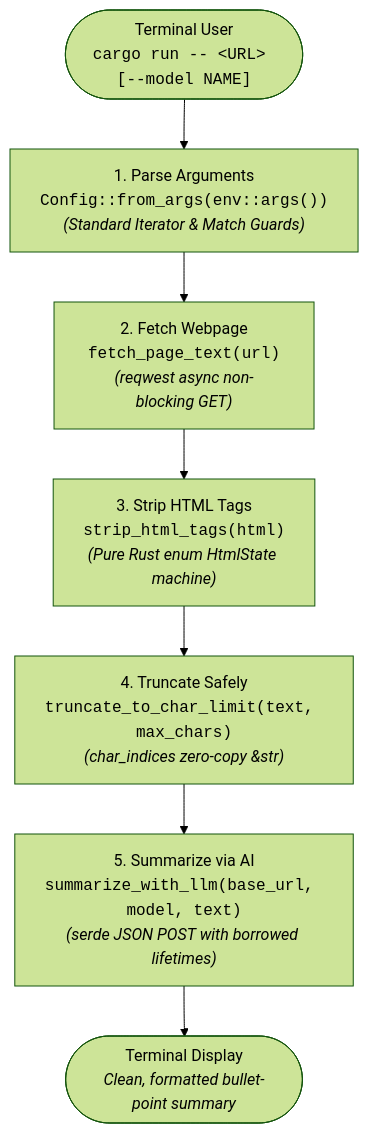
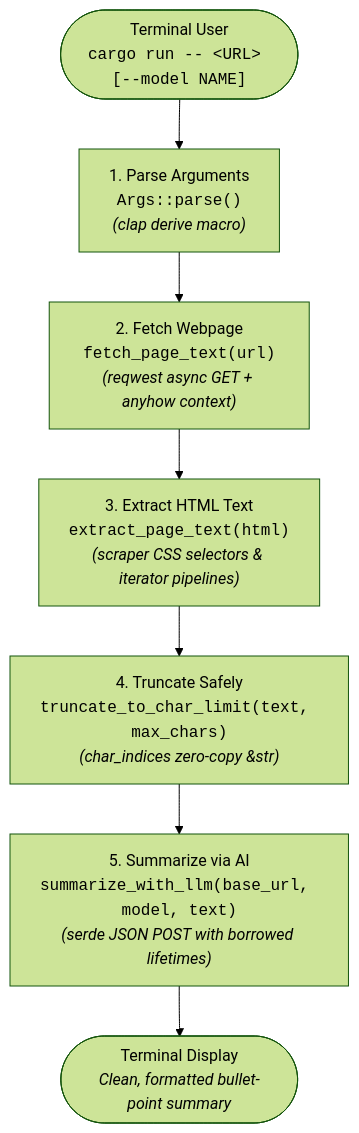
The second of 3 diagrams in docs/RUST_LEARNING_GUIDE.md (NewGuy012/srz), drawn with Mermaid (forest theme) before and after one commit. The commit also changed other lines of this file, not shown here.

Commit message:
docs: simplify mini-srz tutorial using clap, scraper, and anyhow in RUST_LEARNING_GUIDE

````diff
--- a/docs/RUST_LEARNING_GUIDE.md
+++ b/docs/RUST_LEARNING_GUIDE.md
@@ -559,14 +559,14 @@
 ```mermaid
 flowchart TD
-    User(["Terminal User<br/><code>cargo run -- &lt;URL&gt; [--model NAME]</code>"]) --> ParseStep["1. Parse Arguments<br/><code>Config::from_args(env::args())</code><br/><i>(Standard Iterator & Match Guards)</i>"]
+    User(["Terminal User<br/><code>cargo run -- &lt;URL&gt; [--model NAME]</code>"]) --> ParseStep["1. Parse Arguments<br/><code>Args::parse()</code><br/><i>(clap derive macro)</i>"]
 
-    ParseStep --> FetchStep["2. Fetch Webpage<br/><code>fetch_page_text(url)</code><br/><i>(reqwest async non-blocking GET)</i>"]
+    ParseStep --> FetchStep["2. Fetch Webpage<br/><code>fetch_page_text(url)</code><br/><i>(reqwest async GET + anyhow context)</i>"]
 
-    FetchStep --> CleanStep["3. Strip HTML Tags<br/><code>strip_html_tags(html)</code><br/><i>(Pure Rust enum HtmlState machine)</i>"]
+    FetchStep --> CleanStep["3. Extract HTML Text<br/><code>extract_page_text(html)</code><br/><i>(scraper CSS selectors & iterator pipelines)</i>"]
 
     CleanStep --> SliceStep["4. Truncate Safely<br/><code>truncate_to_char_limit(text, max_chars)</code><br/><i>(char_indices zero-copy &str)</i>"]
 
     SliceStep --> LLMStep["5. Summarize via AI<br/><code>summarize_with_llm(base_url, model, text)</code><br/><i>(serde JSON POST with borrowed lifetimes)</i>"]
 
     LLMStep --> Output(["Terminal Display<br/><i>Clean, formatted bullet-point summary</i>"])
 ```
````
